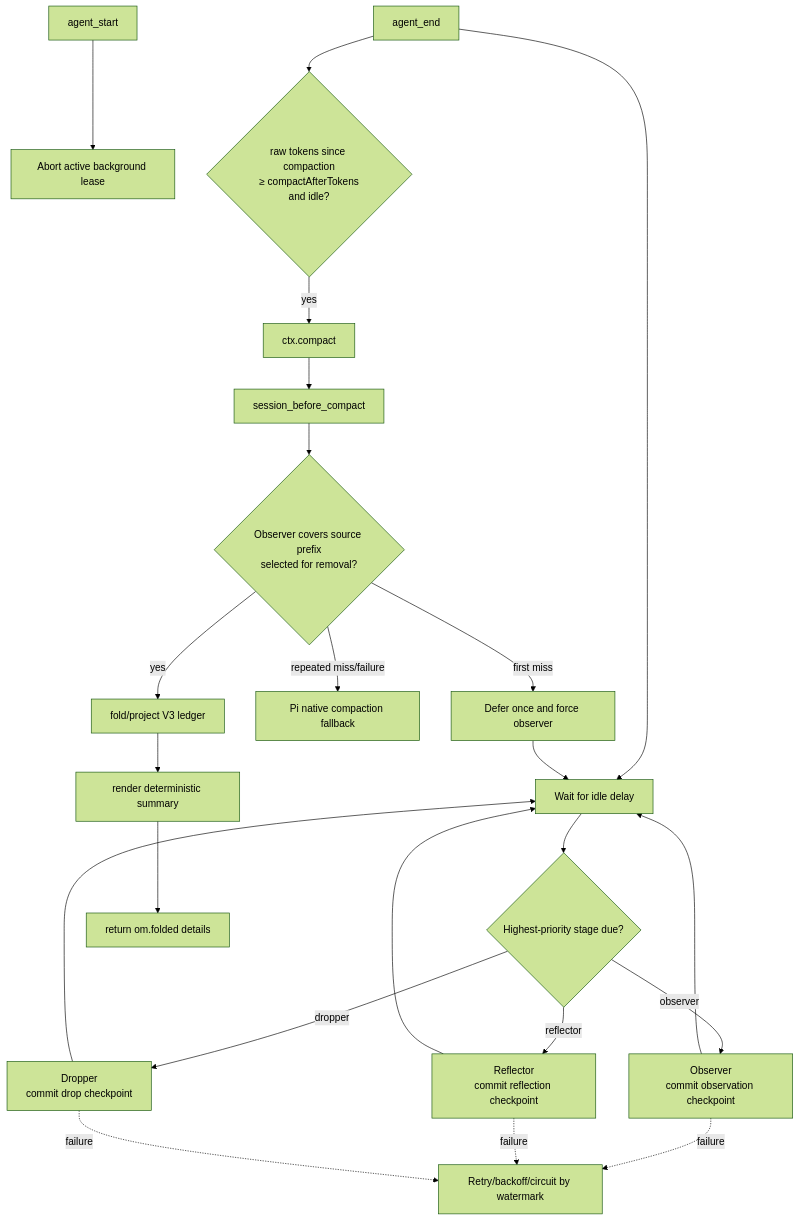
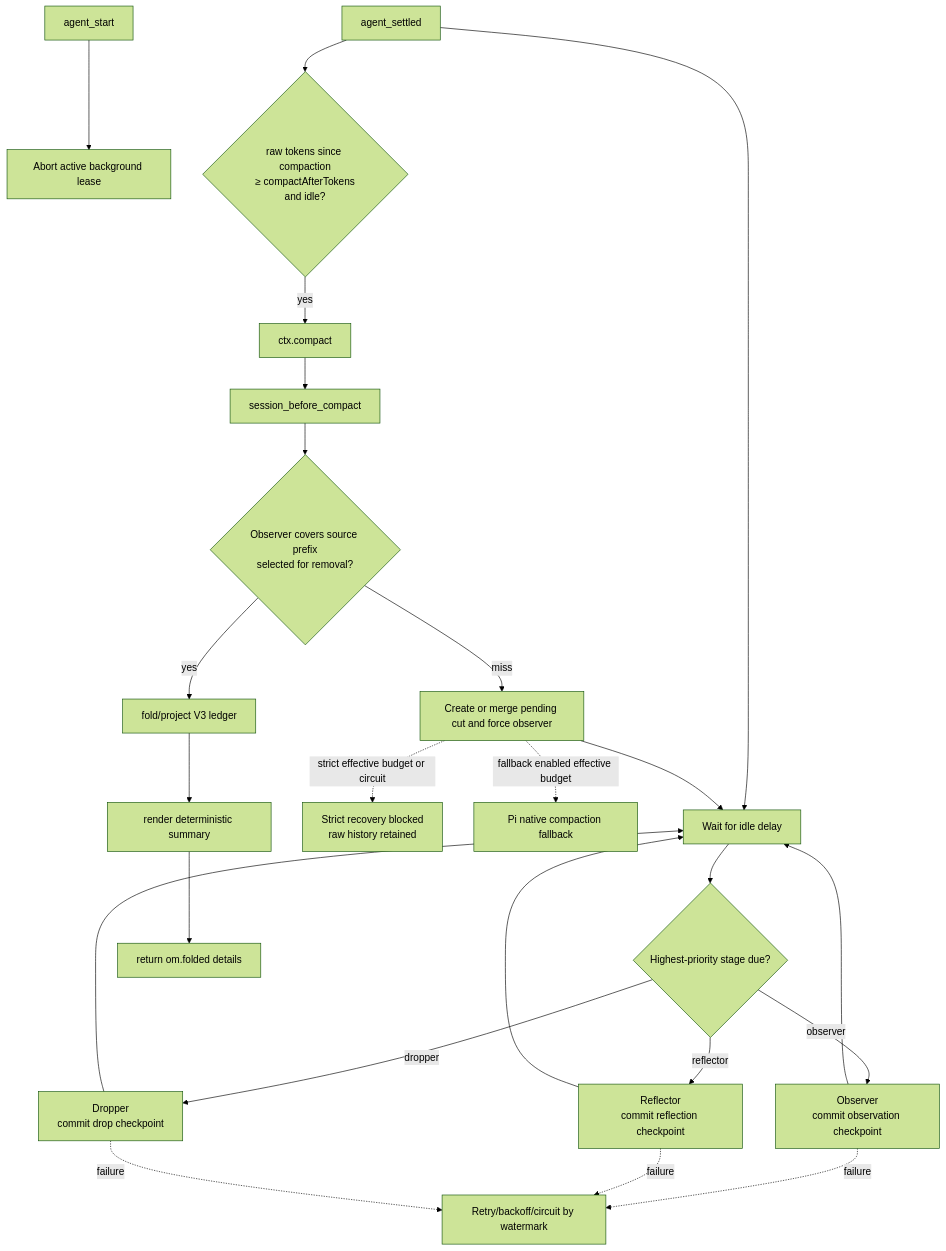
The diagram in docs/how-it-works.md (Heath-Jian/pi-observational-memory), drawn with Mermaid (forest theme) before and after one commit. The commit also changed other lines of this file and 21 other files, not shown here.

````diff
--- a/docs/how-it-works.md
+++ b/docs/how-it-works.md
@@ -23,40 +24,42 @@
 ```mermaid
 flowchart TD
     AS[agent_start]
-    AE[agent_end]
+    Settled[agent_settled]
     SBC[session_before_compact]
 
     Abort[Abort active background lease]
     Idle[Wait for idle delay]
     Due{Highest-priority stage due?}
     Observer[Observer<br/>commit observation checkpoint]
     Reflector[Reflector<br/>commit reflection checkpoint]
     Dropper[Dropper<br/>commit drop checkpoint]
     Backoff[Retry/backoff/circuit by watermark]
 
     CompactDue{raw tokens since compaction<br/>≥ compactAfterTokens<br/>and idle?}
     CompactCall[ctx.compact]
     Covered{Observer covers source prefix<br/>selected for removal?}
-    Defer[Defer once and force observer]
+    Defer[Create or merge pending cut and force observer]
+    Blocked[Strict recovery blocked<br/>raw history retained]
     Native[Pi native compaction fallback]
 
     Fold[fold/project V3 ledger]
     Render[render deterministic summary]
     Details[return om.folded details]
 
     AS --> Abort
-    AE --> Idle --> Due
+    Settled --> Idle --> Due
     Due -- observer --> Observer --> Idle
     Due -- reflector --> Reflector --> Idle
     Due -- dropper --> Dropper --> Idle
     Observer -. failure .-> Backoff
     Reflector -. failure .-> Backoff
     Dropper -. failure .-> Backoff
 
-    AE --> CompactDue
+    Settled --> CompactDue
     CompactDue -- yes --> CompactCall
     CompactCall --> SBC --> Covered
     Covered -- yes --> Fold --> Render --> Details
-    Covered -- first miss --> Defer --> Idle
-    Covered -- repeated miss/failure --> Native
+    Covered -- miss --> Defer --> Idle
+    Defer -. fallback enabled effective budget .-> Native
+    Defer -. strict effective budget or circuit .-> Blocked
 ```
````
